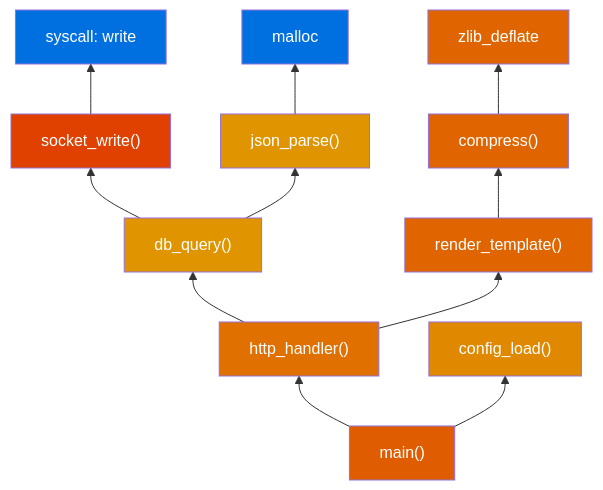
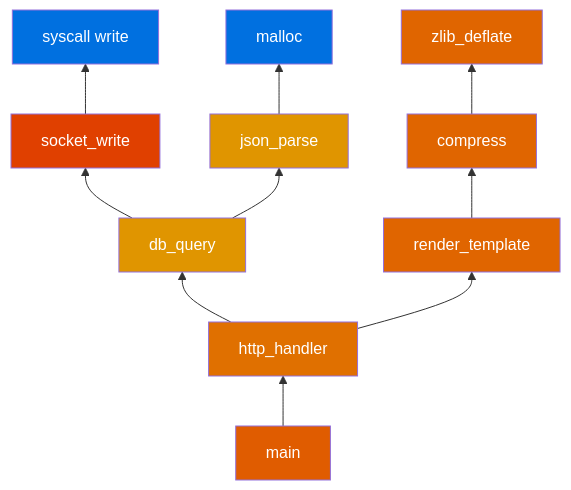
Before and after one commit to moonblueblue/devops-wiki: the first of 5 diagrams in content/linux/performance/flame-graph.md, drawn with Mermaid. The commit also changed other lines of this file and 12 other files, not shown here.

First line of the commit message:
style: linux 섹션 전체 ASCII art 제거 및 Mermaid 규칙 적용

````diff
--- a/content/linux/performance/flame-graph.md
+++ b/content/linux/performance/flame-graph.md
@@ -45,25 +45,23 @@
 ```mermaid
 graph BT
-    A["main()"] --> B["http_handler()"]
-    A --> C["config_load()"]
-    B --> D["db_query()"]
-    B --> E["render_template()"]
-    D --> F["socket_write()"]
-    D --> G["json_parse()"]
-    E --> H["compress()"]
-    F --> I["syscall: write"]
+    A["main"] --> B["http_handler"]
+    B --> D["db_query"]
+    B --> E["render_template"]
+    D --> F["socket_write"]
+    D --> G["json_parse"]
+    E --> H["compress"]
+    F --> I["syscall write"]
     G --> J["malloc"]
     H --> K["zlib_deflate"]
 
     style A fill:#e05c00,color:#fff
     style B fill:#e07000,color:#fff
-    style C fill:#e08800,color:#fff
     style D fill:#e09500,color:#fff
     style E fill:#e06500,color:#fff
     style F fill:#e04000,color:#fff
     style G fill:#e09500,color:#fff
     style H fill:#e06500,color:#fff
     style I fill:#0070e0,color:#fff
     style J fill:#0070e0,color:#fff
     style K fill:#e06500,color:#fff
 ```
````
